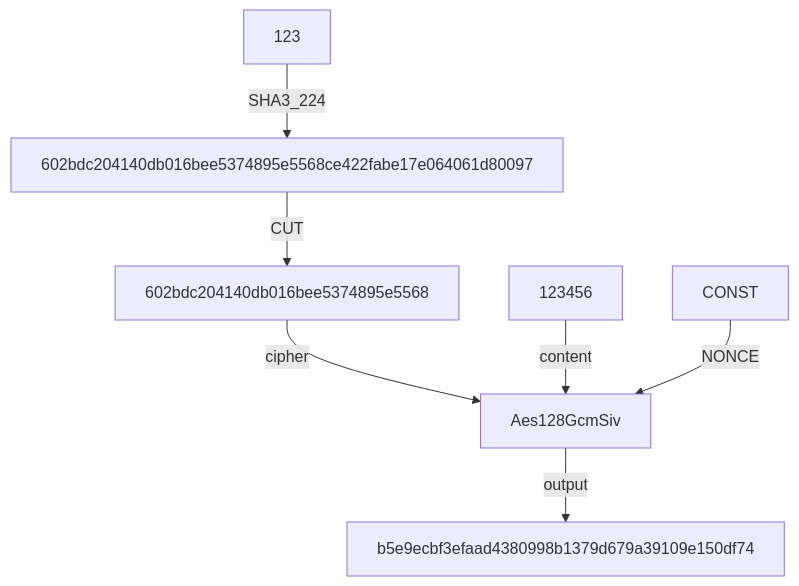
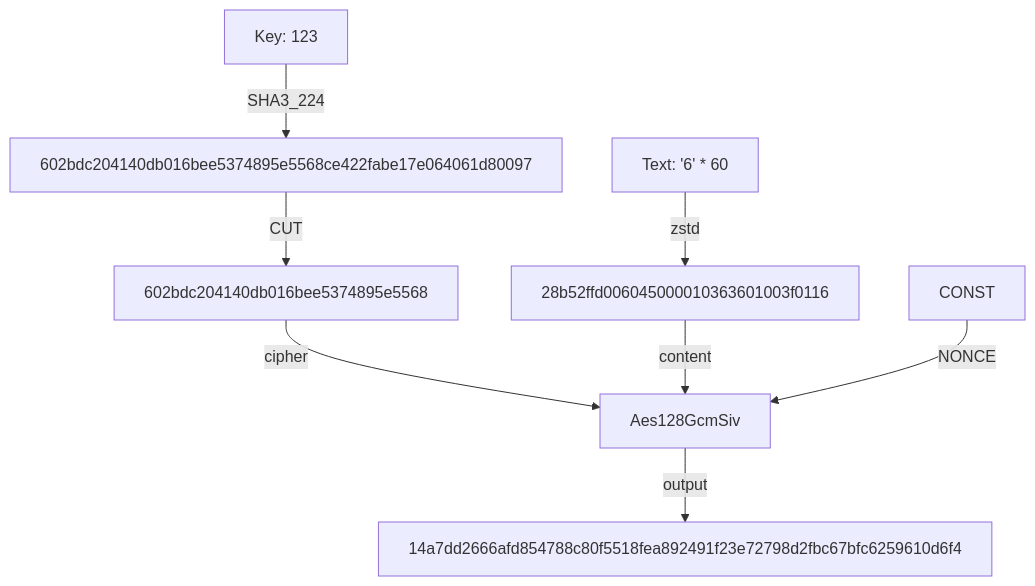
Before and after one commit to lxl66566/git-simple-encrypt: the diagram in readme.md, drawn with Mermaid. The commit also changed other lines of this file and 12 other files, not shown here.

````diff
--- a/readme.md
+++ b/readme.md
@@ -47,6 +48,6 @@
 ```mermaid
 graph TD;
-    123 -- SHA3_224 --> 602bdc204140db016bee5374895e5568ce422fabe17e064061d80097 -- CUT --> 602bdc204140db016bee5374895e5568 --cipher--> Aes128GcmSiv  -- output--> b5e9ecbf3efaad4380998b1379d679a39109e150df74
-    123456 --content--> Aes128GcmSiv
+    A[Key: 123] -- SHA3_224 --> 602bdc204140db016bee5374895e5568ce422fabe17e064061d80097 -- CUT --> 602bdc204140db016bee5374895e5568 --cipher--> Aes128GcmSiv  -- output--> 14a7dd2666afd854788c80f5518fea892491f23e72798d2fbc67bfc6259610d6f4
+    B[Text: '6' * 60] --zstd--> 28b52ffd006045000010363601003f0116 --content--> Aes128GcmSiv
     CONST --NONCE--> Aes128GcmSiv
 ```
````
